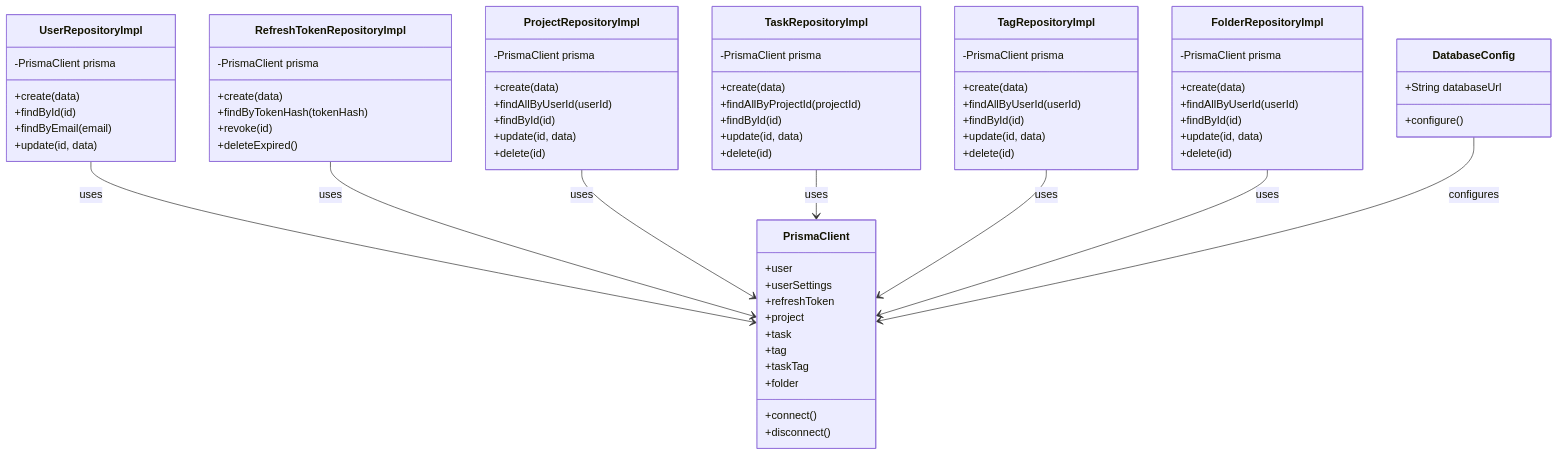
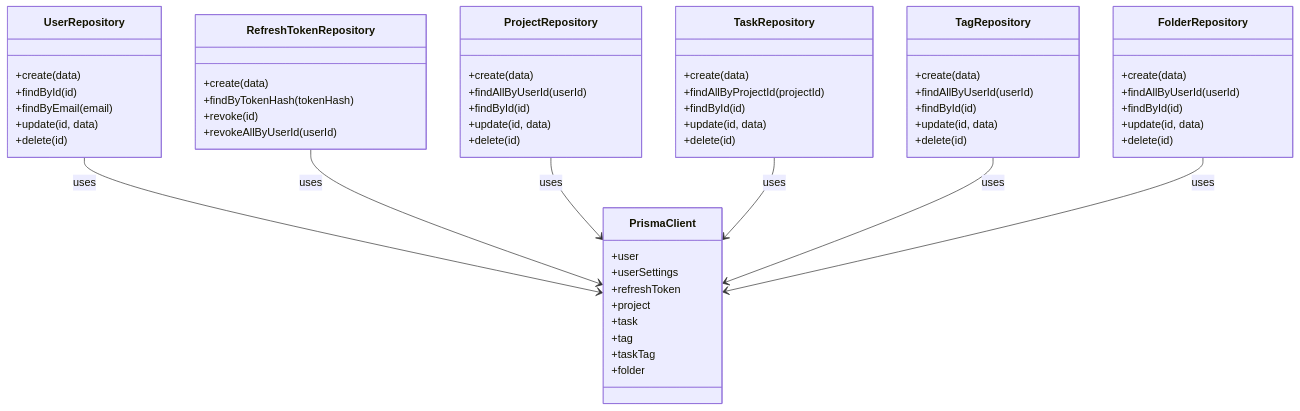
The diagram in docs/diagrams/uml/infrastructure-layer-class-diagram.md (davihenriquedev1/prodixus), drawn with Mermaid before and after one commit. The commit also changed 65 other files, not shown here.

````diff
--- a/docs/diagrams/uml/infrastructure-layer-class-diagram.md
+++ b/docs/diagrams/uml/infrastructure-layer-class-diagram.md
@@ -3,6 +3,5 @@
 ```mermaid
 classDiagram
-
     class PrismaClient {
         +user
         +userSettings
@@ -12,32 +11,24 @@
         +tag
         +taskTag
         +folder
-
-        +connect()
-        +disconnect()
     }
 
-    class UserRepositoryImpl {
-        -PrismaClient prisma
-
+    class UserRepository {
         +create(data)
         +findById(id)
         +findByEmail(email)
         +update(id, data)
+        +delete(id)
     }
 
-    class RefreshTokenRepositoryImpl {
-        -PrismaClient prisma
-
+    class RefreshTokenRepository {
         +create(data)
         +findByTokenHash(tokenHash)
         +revoke(id)
-        +deleteExpired()
+        +revokeAllByUserId(userId)
     }
 
-    class ProjectRepositoryImpl {
-        -PrismaClient prisma
-
+    class ProjectRepository {
         +create(data)
         +findAllByUserId(userId)
         +findById(id)
@@ -45,9 +36,7 @@
         +delete(id)
     }
 
-    class TaskRepositoryImpl {
-        -PrismaClient prisma
-
+    class TaskRepository {
         +create(data)
         +findAllByProjectId(projectId)
         +findById(id)
@@ -55,9 +44,7 @@
         +delete(id)
     }
 
-    class TagRepositoryImpl {
-        -PrismaClient prisma
-
+    class TagRepository {
         +create(data)
         +findAllByUserId(userId)
         +findById(id)
@@ -65,9 +52,7 @@
         +delete(id)
     }
 
-    class FolderRepositoryImpl {
-        -PrismaClient prisma
-
+    class FolderRepository {
         +create(data)
         +findAllByUserId(userId)
         +findById(id)
@@ -75,17 +60,10 @@
         +delete(id)
     }
 
-    class DatabaseConfig {
-        +String databaseUrl
-        +configure()
-    }
-
-    UserRepositoryImpl --> PrismaClient : uses
-    RefreshTokenRepositoryImpl --> PrismaClient : uses
-    ProjectRepositoryImpl --> PrismaClient : uses
-    TaskRepositoryImpl --> PrismaClient : uses
-    TagRepositoryImpl --> PrismaClient : uses
-    FolderRepositoryImpl --> PrismaClient : uses
-
-    DatabaseConfig --> PrismaClient : configures
+    UserRepository --> PrismaClient : uses
+    RefreshTokenRepository --> PrismaClient : uses
+    ProjectRepository --> PrismaClient : uses
+    TaskRepository --> PrismaClient : uses
+    TagRepository --> PrismaClient : uses
+    FolderRepository --> PrismaClient : uses
 ```
````
